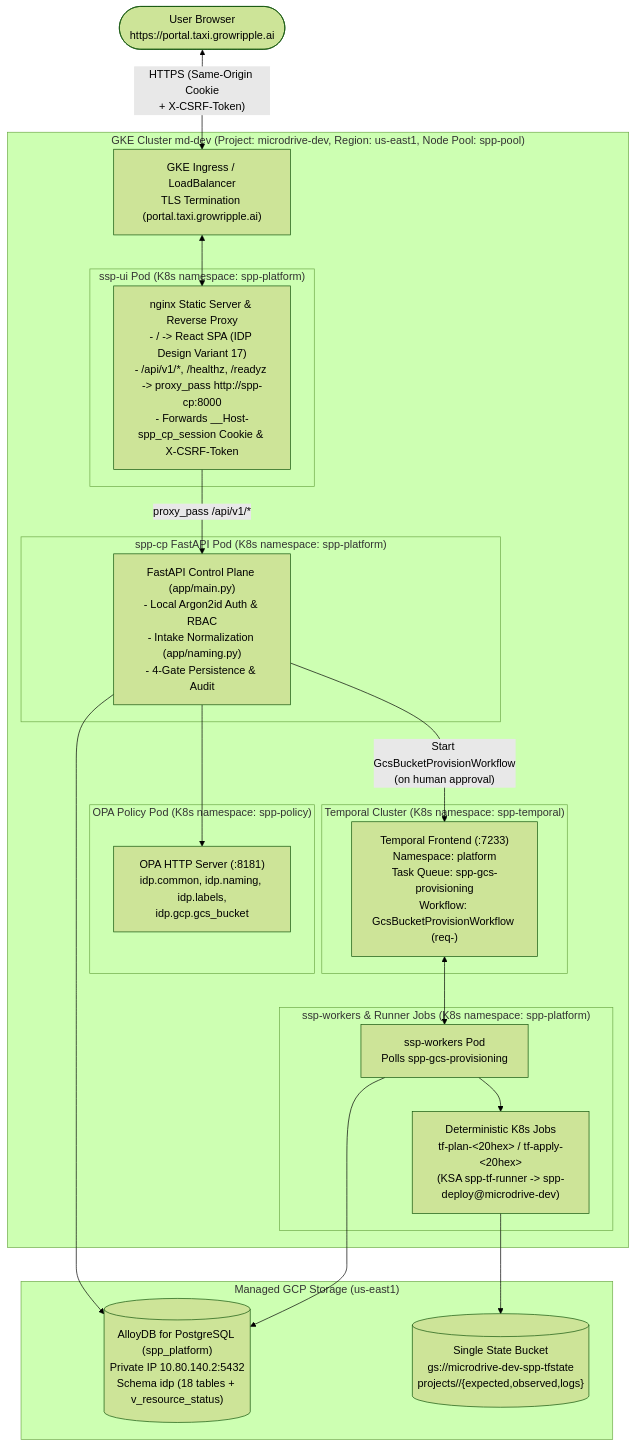
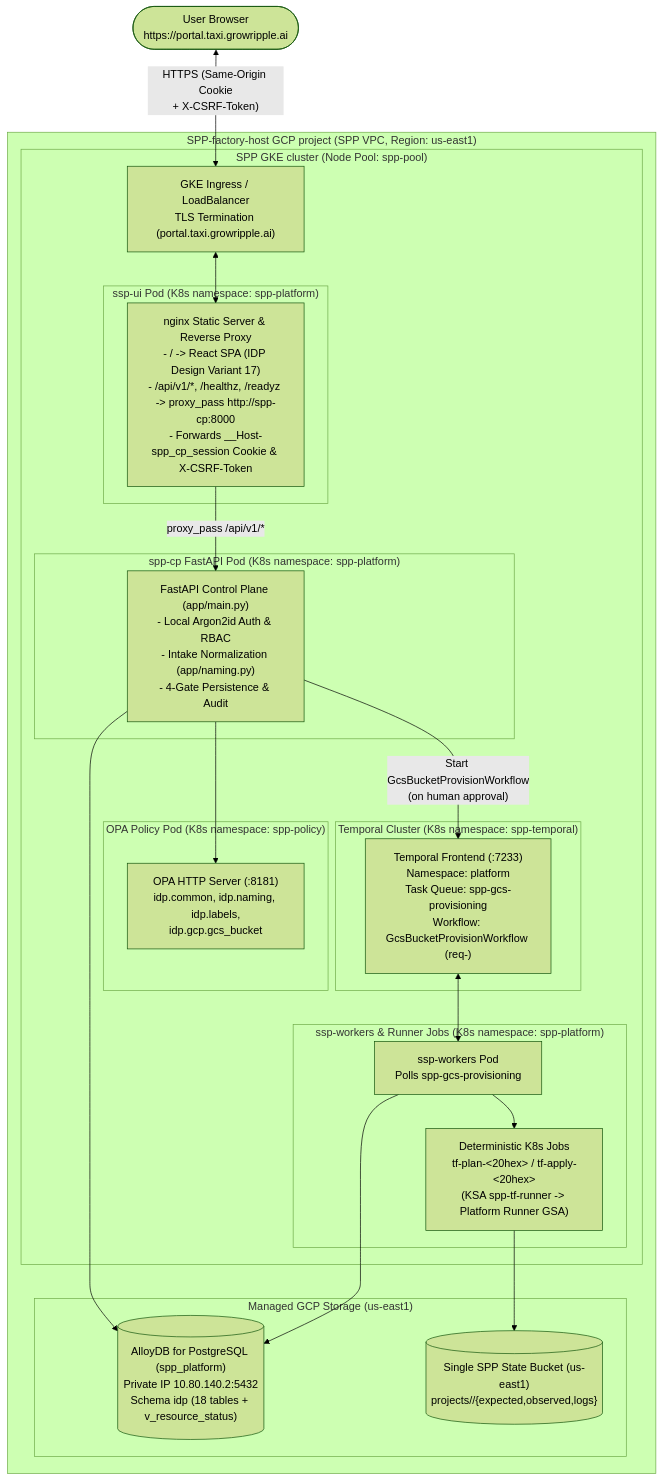
Before and after one commit to vaishnavi4068/ssp-doc: the diagram in experiences/portal-ui/README.md, drawn with Mermaid (forest theme). The commit also changed other lines of this file and 27 other files, not shown here.

Commit message:
docs(diagrams,adr): replace company-specific host/cluster/VPC names in diagrams and prose with generic SPP labels

````diff
--- a/experiences/portal-ui/README.md
+++ b/experiences/portal-ui/README.md
@@ -105,45 +105,47 @@
 ```mermaid
 flowchart TB
     Browser(["User Browser\nhttps://portal.taxi.growripple.ai"])
 
-    subgraph GKE["GKE Cluster md-dev (Project: microdrive-dev, Region: us-east1, Node Pool: spp-pool)"]
-        Ingress["GKE Ingress / LoadBalancer\nTLS Termination (portal.taxi.growripple.ai)"]
+    subgraph HostProject["SPP-factory-host GCP project (SPP VPC, Region: us-east1)"]
+        subgraph GKE["SPP GKE cluster (Node Pool: spp-pool)"]
+            Ingress["GKE Ingress / LoadBalancer\nTLS Termination (portal.taxi.growripple.ai)"]
 
-        subgraph UIPod["ssp-ui Pod (K8s namespace: spp-platform)"]
-            Nginx["nginx Static Server & Reverse Proxy\n- / -> React SPA (IDP Design Variant 17)\n- /api/v1/*, /healthz, /readyz -> proxy_pass http://spp-cp:8000\n- Forwards __Host-spp_cp_session Cookie & X-CSRF-Token"]
+            subgraph UIPod["ssp-ui Pod (K8s namespace: spp-platform)"]
+                Nginx["nginx Static Server & Reverse Proxy\n- / -> React SPA (IDP Design Variant 17)\n- /api/v1/*, /healthz, /readyz -> proxy_pass http://spp-cp:8000\n- Forwards __Host-spp_cp_session Cookie & X-CSRF-Token"]
+            end
+
+            subgraph CPPod["spp-cp FastAPI Pod (K8s namespace: spp-platform)"]
+                FastAPI["FastAPI Control Plane (app/main.py)\n- Local Argon2id Auth & RBAC\n- Intake Normalization (app/naming.py)\n- 4-Gate Persistence & Audit"]
+            end
+
+            subgraph OPAPod["OPA Policy Pod (K8s namespace: spp-policy)"]
+                OPA["OPA HTTP Server (:8181)\nidp.common, idp.naming, idp.labels,\nidp.gcp.gcs_bucket"]
+            end
+
+            subgraph TemporalNS["Temporal Cluster (K8s namespace: spp-temporal)"]
+                Temporal["Temporal Frontend (:7233)\nNamespace: platform\nTask Queue: spp-gcs-provisioning\nWorkflow: GcsBucketProvisionWorkflow (req-<request_id>)"]
+            end
+
+            subgraph Workers["ssp-workers & Runner Jobs (K8s namespace: spp-platform)"]
+                WorkerPod["ssp-workers Pod\nPolls spp-gcs-provisioning"]
+                RunnerJob["Deterministic K8s Jobs\ntf-plan-<20hex> / tf-apply-<20hex>\n(KSA spp-tf-runner -> Platform Runner GSA)"]
+            end
         end
 
-        subgraph CPPod["spp-cp FastAPI Pod (K8s namespace: spp-platform)"]
-            FastAPI["FastAPI Control Plane (app/main.py)\n- Local Argon2id Auth & RBAC\n- Intake Normalization (app/naming.py)\n- 4-Gate Persistence & Audit"]
+        subgraph Storage["Managed GCP Storage (us-east1)"]
+            AlloyDB[("AlloyDB for PostgreSQL (spp_platform)\nPrivate IP 10.80.140.2:5432\nSchema idp (18 tables + v_resource_status)")]
+            GCS[("Single SPP State Bucket (us-east1)\nprojects/<project_id>/{expected,observed,logs}")]
         end
-
-        subgraph OPAPod["OPA Policy Pod (K8s namespace: spp-policy)"]
-            OPA["OPA HTTP Server (:8181)\nidp.common, idp.naming, idp.labels,\nidp.gcp.gcs_bucket"]
-        end
-
-        subgraph TemporalNS["Temporal Cluster (K8s namespace: spp-temporal)"]
-            Temporal["Temporal Frontend (:7233)\nNamespace: platform\nTask Queue: spp-gcs-provisioning\nWorkflow: GcsBucketProvisionWorkflow (req-<request_id>)"]
-        end
-
-        subgraph Workers["ssp-workers & Runner Jobs (K8s namespace: spp-platform)"]
-            WorkerPod["ssp-workers Pod\nPolls spp-gcs-provisioning"]
-            RunnerJob["Deterministic K8s Jobs\ntf-plan-<20hex> / tf-apply-<20hex>\n(KSA spp-tf-runner -> spp-deploy@microdrive-dev)"]
-        end
-    end
-
-    subgraph Storage["Managed GCP Storage (us-east1)"]
-        AlloyDB[("AlloyDB for PostgreSQL (spp_platform)\nPrivate IP 10.80.140.2:5432\nSchema idp (18 tables + v_resource_status)")]
-        GCS[("Single State Bucket\ngs://microdrive-dev-spp-tfstate\nprojects/<project_id>/{expected,observed,logs}")]
     end
 
     Browser <-->|"HTTPS (Same-Origin Cookie\n+ X-CSRF-Token)"| Ingress
     Ingress <--> Nginx
     Nginx -->|"proxy_pass /api/v1/*"| FastAPI
     FastAPI --> OPA
     FastAPI --> AlloyDB
     FastAPI -->|"Start GcsBucketProvisionWorkflow\n(on human approval)"| Temporal
     Temporal <--> WorkerPod
     WorkerPod --> RunnerJob
     WorkerPod --> AlloyDB
     RunnerJob --> GCS
 ```
````
